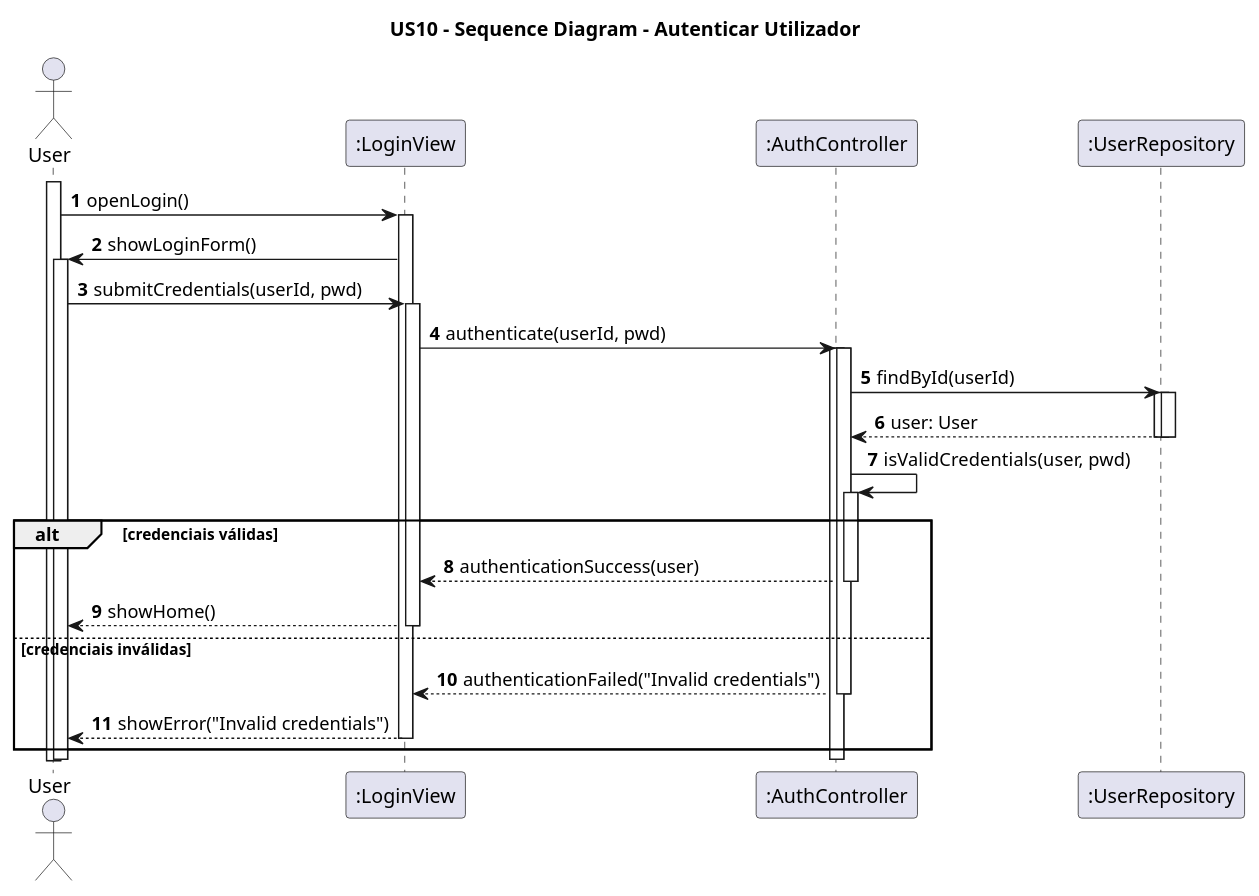
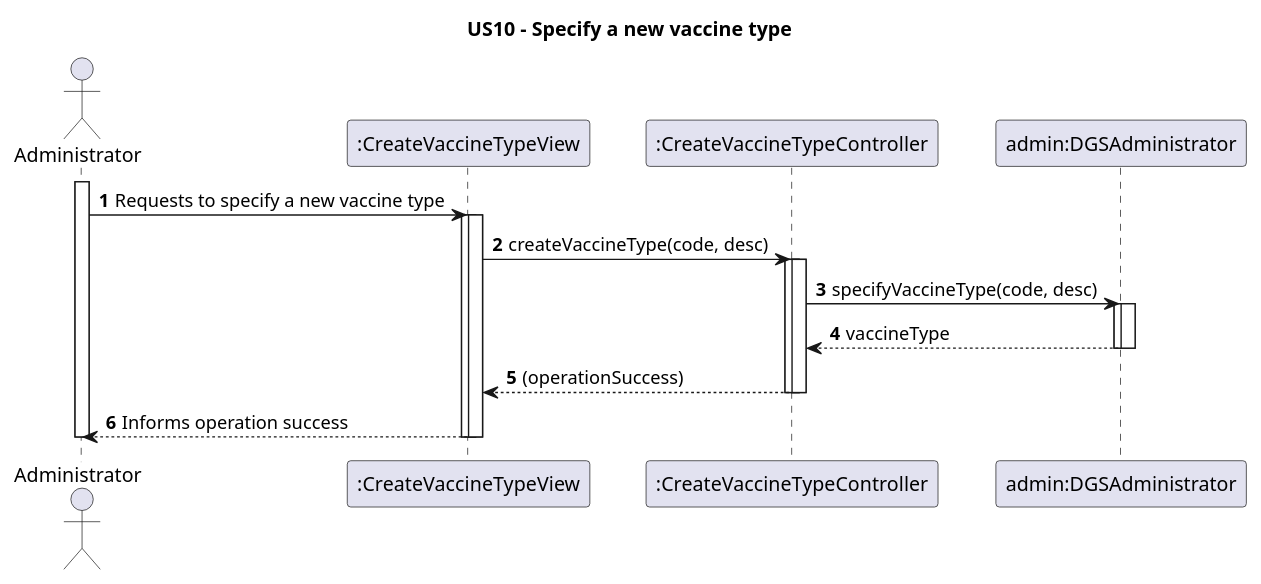
Before and after one commit to luluisfcm/leti-esoft-25-26-B5: the diagram in docs/system-documentation/US10/puml/US10-SD.puml, drawn with PlantUML. The commit also changed 8 other files, not shown here.

```diff
--- a/docs/system-documentation/US10/puml/US10-SD.puml
+++ b/docs/system-documentation/US10/puml/US10-SD.puml
@@ -1,41 +1,48 @@
 @startuml
-'https://plantuml.com/sequence-diagram
+' US10-SD.puml
+' Baseado na estrutura da imagem.png (template USXX-SD.puml)
 
-title US10 - Sequence Diagram - Autenticar Utilizador
+title US10 - Specify a new vaccine type
 
 autoactivate on
 autonumber
 
-actor "User" as User
-participant ":LoginView" as View
-participant ":AuthController" as Ctrl
-participant ":UserRepository" as Repo
+' Mapeado de User -> Administrator
+actor "Administrator" as Admin
+' Mapeado de :xxxxView -> :CreateVaccineTypeView
+participant ":CreateVaccineTypeView" as View
+' Mapeado de :xxxxController -> :CreateVaccineTypeController
+participant ":CreateVaccineTypeController" as Ctrl
+' Mapeado de :Class1 -> admin:DGSAdministrator
+participant "admin:DGSAdministrator" as AdminRole
 
-activate User
+activate Admin
 
-User -> View: openLogin()
-View -> User: showLoginForm()
+' Mapeado de "Authentication request"
+Admin -> View: Requests to specify a new vaccine type
+activate View
 
-User -> View: submitCredentials(userId, pwd)
-View -> Ctrl: authenticate(userId, pwd)
+' Mapeado de "authenticate(userId, pwd)"
+' Assumindo que a View já recolheu os dados (code, desc)
+View -> Ctrl: createVaccineType(code, desc)
 activate Ctrl
 
-Ctrl -> Repo: findById(userId)
-activate Repo
-Repo --> Ctrl: user: User
-deactivate Repo
+' Mapeado de "doLogIn(userId, pwd)"
+Ctrl -> AdminRole: specifyVaccineType(code, desc)
+activate AdminRole
 
-Ctrl -> Ctrl: isValidCredentials(user, pwd)
+' Mapeado de "userToken" (retorno do trabalho)
+' Retorna o objeto criado ou um status
+AdminRole --> Ctrl: vaccineType
+deactivate AdminRole
 
-alt credenciais válidas
-    Ctrl --> View: authenticationSuccess(user)
-    View --> User: showHome()
-else credenciais inválidas
-    Ctrl --> View: authenticationFailed("Invalid credentials")
-    View --> User: showError("Invalid credentials")
-end
+' Mapeado de "ok"
+Ctrl --> View: (operationSuccess)
+deactivate Ctrl
 
-deactivate Ctrl
-deactivate User
+' Mapeado de "Authentication response"
+View --> Admin: Informs operation success
+deactivate View
+deactivate Admin
 
 @enduml
```
